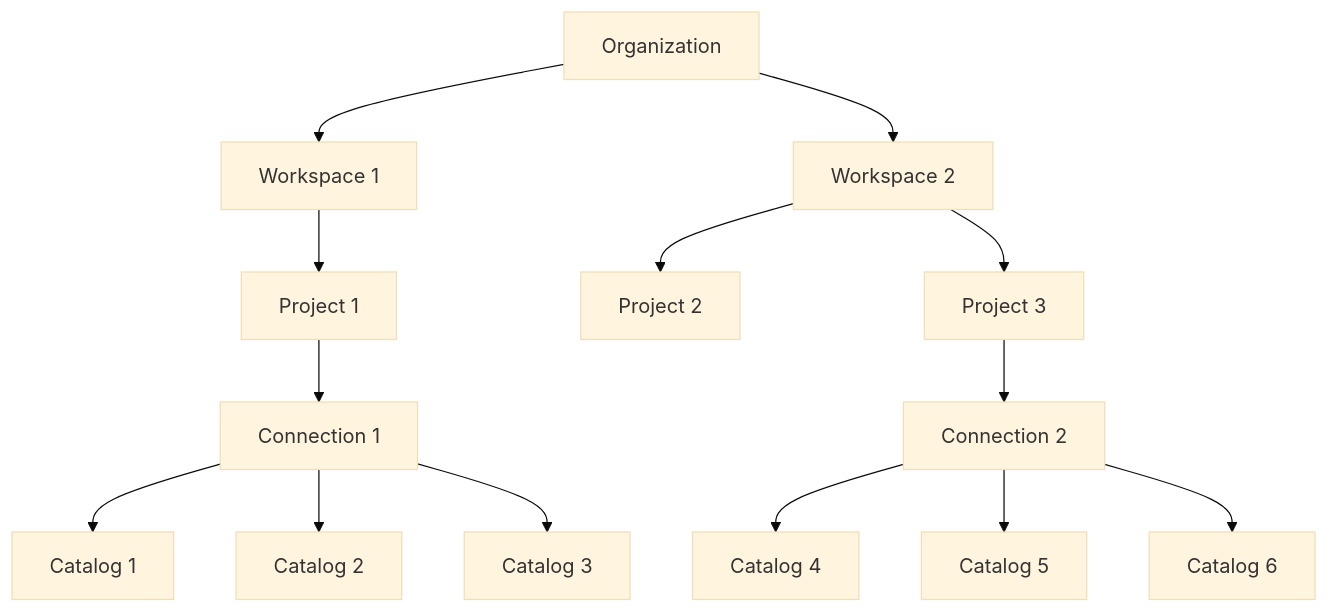
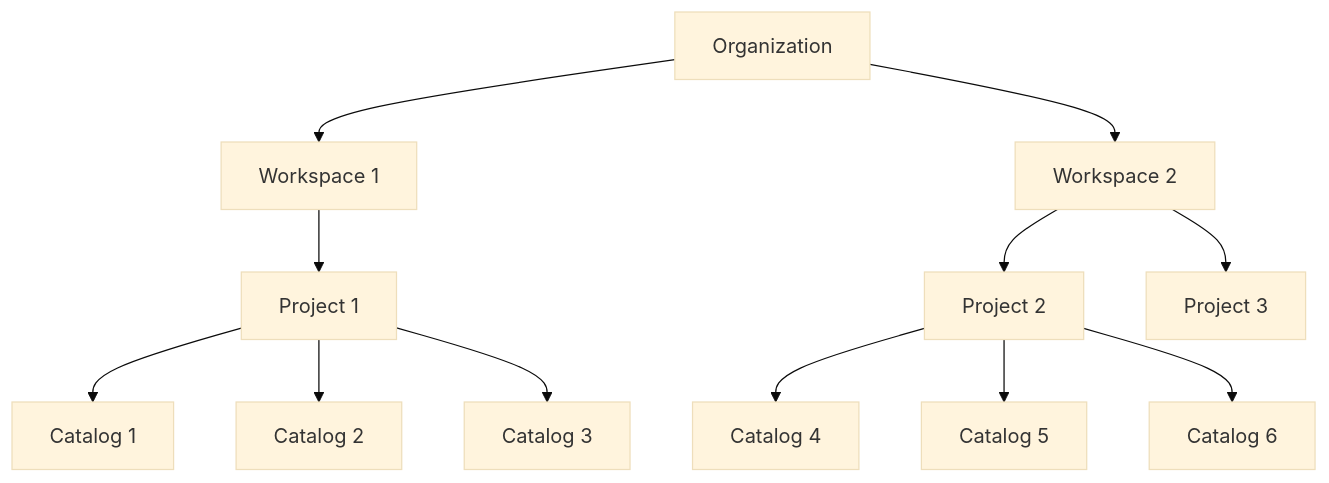
The diagram in api-reference/structure.mdx (peakacom/docs), drawn with Mermaid (base theme) before and after one commit. The commit also changed other lines of this file, not shown here.

Commit message:
Add some examples for OpenApi.

````diff
--- a/api-reference/structure.mdx
+++ b/api-reference/structure.mdx
@@ -47,31 +13,27 @@
 ```mermaid
 graph TD
   A[Organization]
   B1[Workspace 1]
   B2[Workspace 2]
   C1[Project 1]
   C2[Project 2]
   C3[Project 3]
-  D1[Connection 1]
-  D2[Connection 2]
   E1[Catalog 1]
   E2[Catalog 2]
   E3[Catalog 3]
   E4[Catalog 4]
   E5[Catalog 5]
   E6[Catalog 6]
 
   A --> B1
   A --> B2
   B1 --> C1
   B2 --> C2
   B2 --> C3
-  C1 --> D1
-  C3 --> D2
-  D1 --> E1
-  D1 --> E2
-  D1 --> E3
-  D2 --> E4
-  D2 --> E5
-  D2 --> E6
+  C1 --> E1
+  C1 --> E2
+  C1 --> E3
+  C2 --> E4
+  C2 --> E5
+  C2 --> E6
 ```
````
